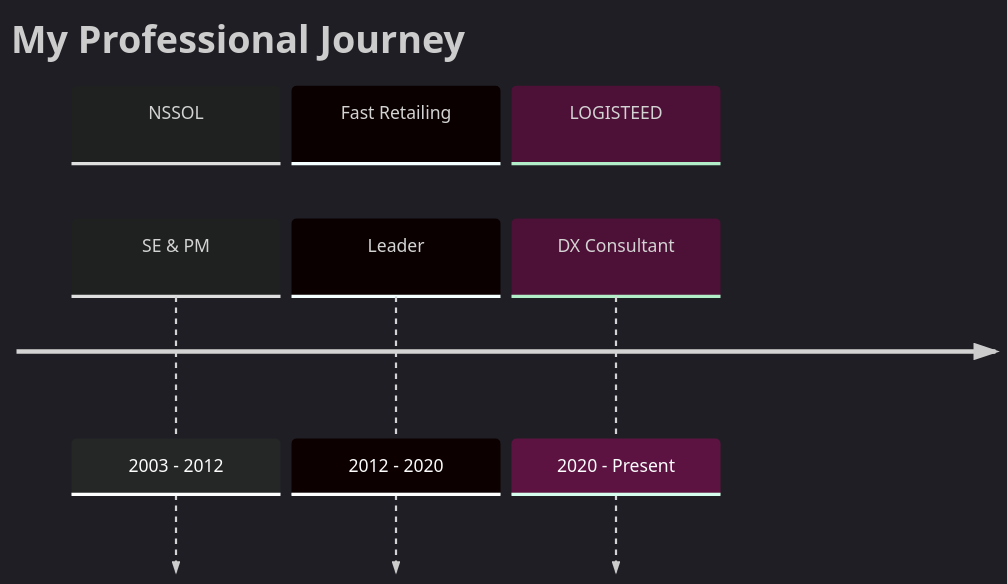
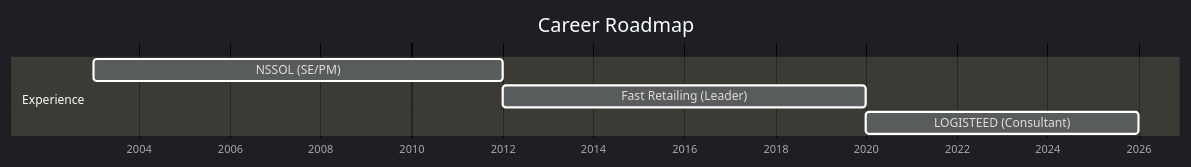
Before and after one commit to miumigy/miumigy: the diagram in README.md, drawn with Mermaid.

Commit message:
README.md を更新

````diff
--- a/README.md
+++ b/README.md
@@ -14,13 +14,14 @@
 ```mermaid
 
 %%{init: {'theme': 'dark'}}%%
-timeline
-    title My Professional Journey
-    section NSSOL
-        SE & PM : 2003 - 2012
-    section Fast Retailing
-        Leader : 2012 - 2020
-    section LOGISTEED
-        DX Consultant : 2020 - Present
+gantt
+    title Career Roadmap
+    dateFormat  YYYY
+    axisFormat  %Y
+    
+    section Experience
+    NSSOL (SE/PM)           :2003, 2012
+    Fast Retailing (Leader) :2012, 2020
+    LOGISTEED (Consultant)  :2020, 2026
 
 ```
````
